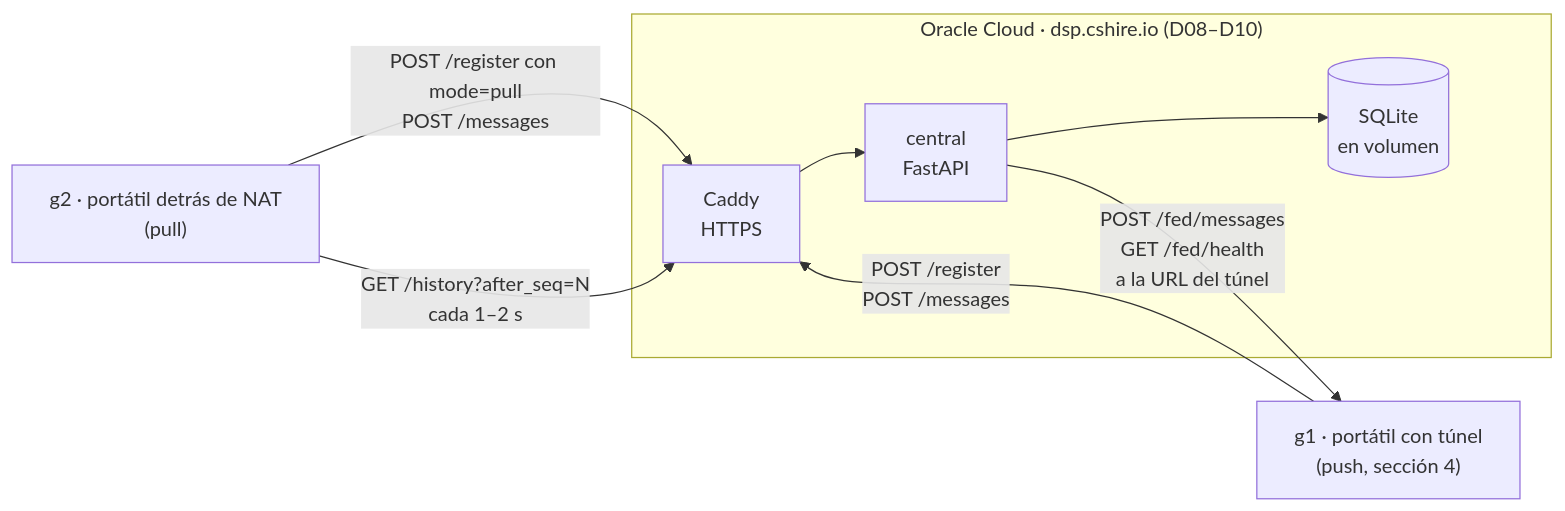
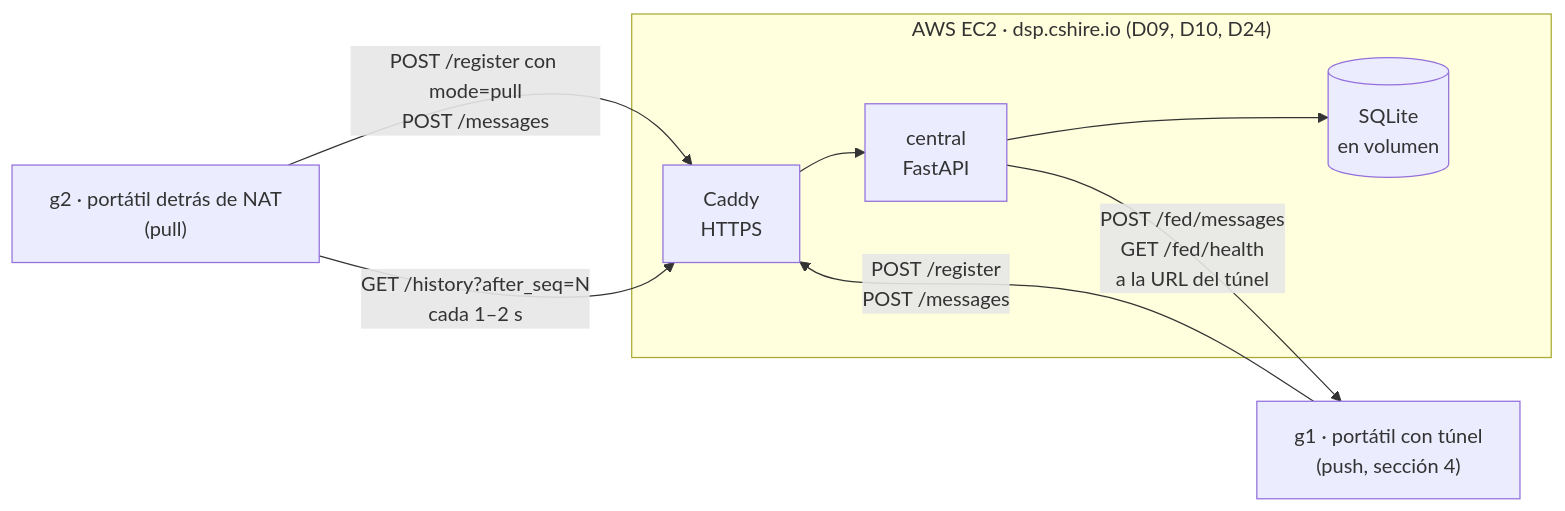
One commit to javierchacon262/central-server-dsp changed the second of 2 diagrams in README.md. Above: the diagram before and after it, drawn with Mermaid. The commit also changed other lines of this file and 4 other files, not shown here.

````diff
--- a/README.md
+++ b/README.md
@@ -52,11 +52,11 @@
 ```mermaid
 flowchart LR
-    subgraph NUBE["Oracle Cloud · dsp.cshire.io (D08–D10)"]
+    subgraph NUBE["AWS EC2 · dsp.cshire.io (D09, D10, D24)"]
         CA["Caddy<br/>HTTPS"] --> CE["central<br/>FastAPI"]
         CE --> DB[("SQLite<br/>en volumen")]
     end
     GB["g2 · portátil detrás de NAT<br/>(pull)"] -->|"POST /register con mode=pull<br/>POST /messages"| CA
     GB -->|"GET /history?after_seq=N<br/>cada 1–2 s"| CA
     GA["g1 · portátil con túnel<br/>(push, sección 4)"] -->|"POST /register<br/>POST /messages"| CA
     CE -->|"POST /fed/messages<br/>GET /fed/health<br/>a la URL del túnel"| GA
 ```
````
